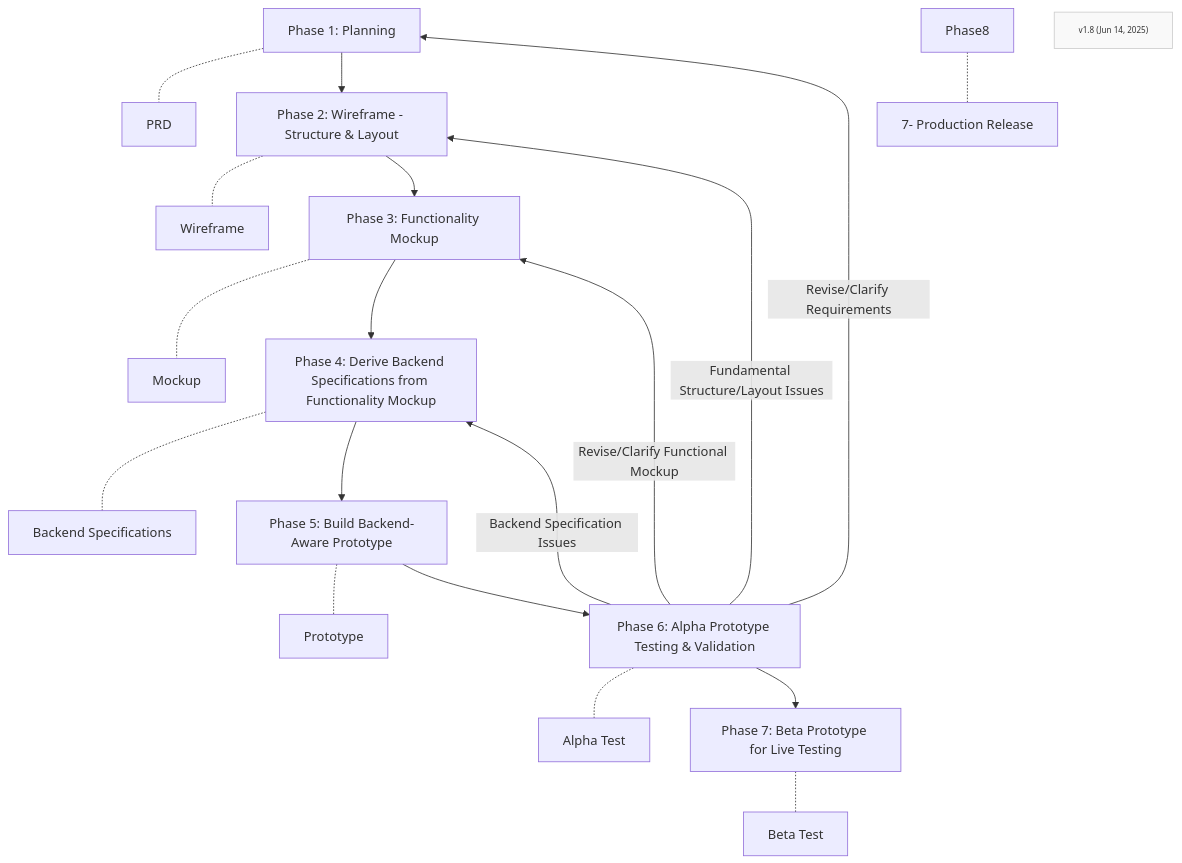
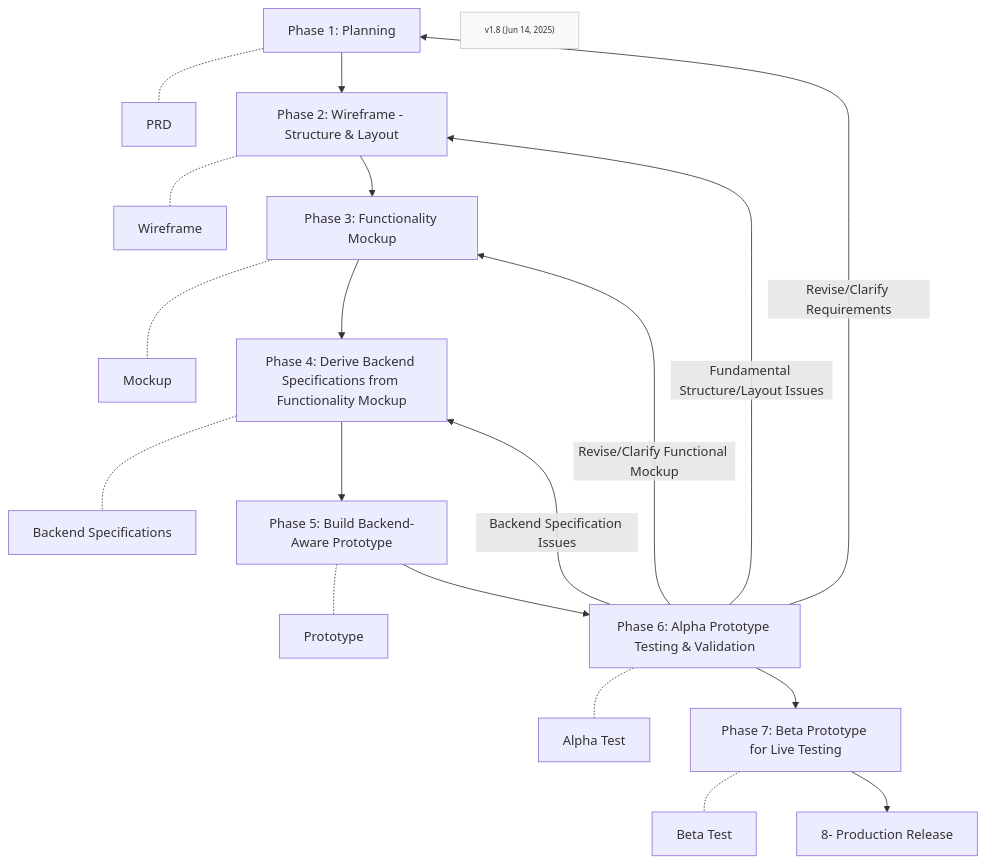
The first of 2 diagrams in Phases/FF-overview.md (Mharbulous/Front-First-Method), drawn with Mermaid before and after one commit.

````diff
--- a/Phases/FF-overview.md
+++ b/Phases/FF-overview.md
@@ -1,28 +1,28 @@
 ```mermaid
 graph TD
     
     Phase1["Phase 1: Planning"] -.- PRD["PRD"]
     Phase1 --> Phase2["Phase 2: Wireframe - Structure & Layout"]
     Phase2 -.- Wireframe["Wireframe"]
     Phase2 --> Phase3["Phase 3: Functionality Mockup"]
     Phase3 -.- Mockup["Mockup"]
     Phase3 --> Phase4["Phase 4: Derive Backend Specifications from Functionality Mockup"]
     Phase4 -.- Specs["Backend Specifications"]
     Phase4 --> Phase5["Phase 5: Build Backend-Aware Prototype"]
     Phase5 -.- Prototype["Prototype"]
     Phase5 --> Phase6["Phase 6: Alpha Prototype Testing & Validation"]
     Phase6 -.- Alpha["Alpha Test"]
     Phase6 --> Phase7["Phase 7: Beta Prototype for Live Testing"]    
     Phase6 -->|Revise/Clarify Requirements| Phase1
     Phase6 -->|Fundamental Structure/Layout Issues| Phase2
     Phase6 -->|Revise/Clarify Functional Mockup| Phase3
     Phase6 -->|Backend Specification Issues| Phase4    
     Phase7 -.- Beta["Beta Test"]  
-    Phase8 -.- Production["7- Production Release"]
+    Phase7 --> Production["8- Production Release"]
 
        
 
     VersionInfo["v1.8 (Jun 14, 2025)"]
     classDef version fill:#f9f9f9,stroke:#ccc,font-size:10px;
     class VersionInfo version
 ```
````
